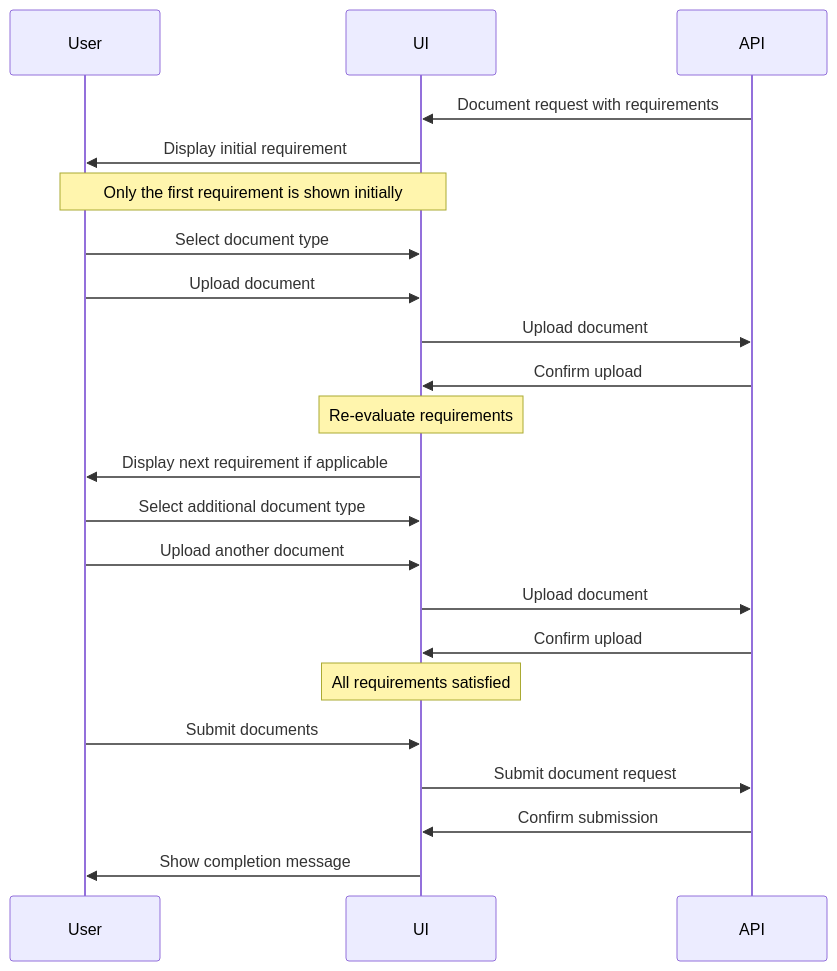
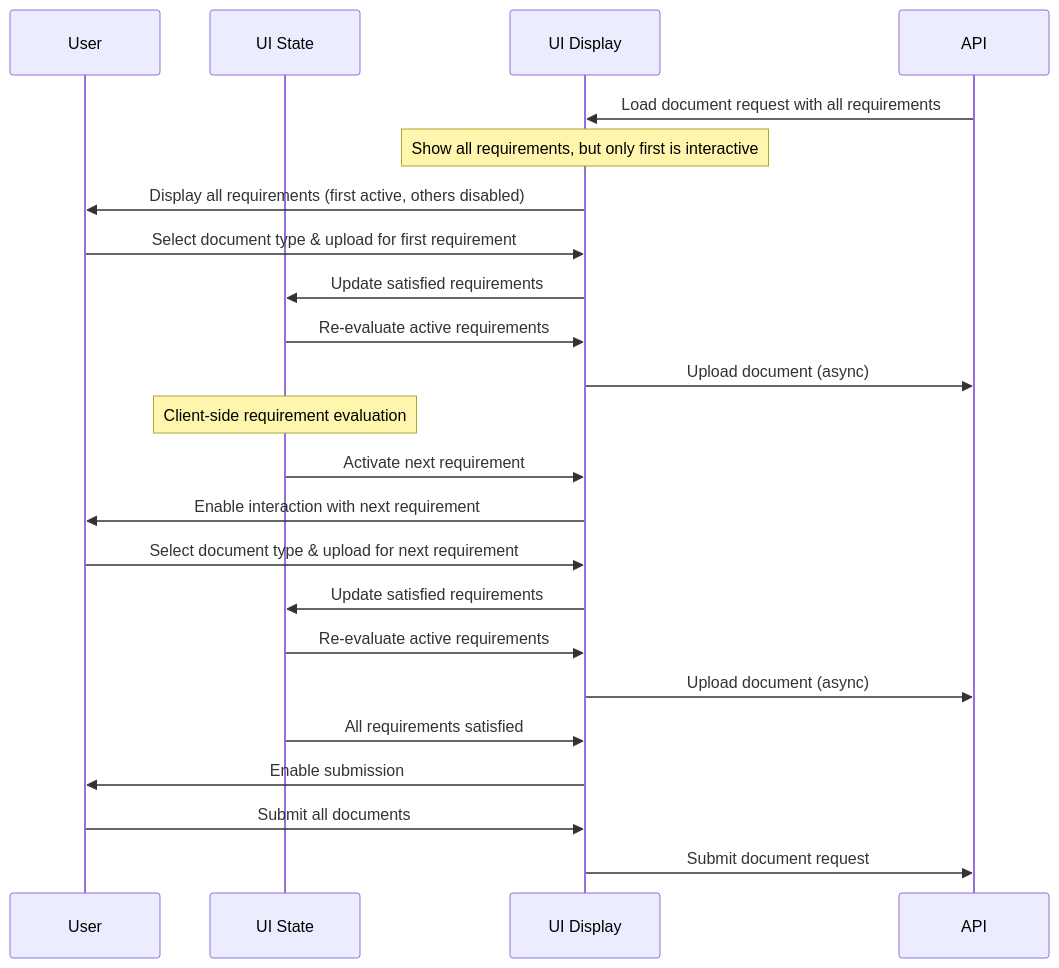
Before and after one commit to jpmorgan-payments/embedded-finance: the first of 2 diagrams in embedded-components/src/core/OnboardingWizardBasic/DocumentUploadStepForm/IMPLEMENTATION_GUIDE.md, drawn with Mermaid. The commit also changed other lines of this file, not shown here.

Commit message:
refactor: streamline DocumentUploadStepForm implementation guide for clarity and user flow

````diff
--- a/embedded-components/src/core/OnboardingWizardBasic/DocumentUploadStepForm/IMPLEMENTATION_GUIDE.md
+++ b/embedded-components/src/core/OnboardingWizardBasic/DocumentUploadStepForm/IMPLEMENTATION_GUIDE.md
@@ -9,32 +9,31 @@
 ```mermaid
 sequenceDiagram
     participant User
-    participant UI
+    participant UI State
+    participant UI Display
     participant API
     
-    API->>UI: Document request with requirements
-    UI->>User: Display initial requirement
+    API->>UI Display: Load document request with all requirements
+    Note over UI Display: Show all requirements, but only first is interactive
+    UI Display->>User: Display all requirements (first active, others disabled)
     
-    Note over User,UI: Only the first requirement is shown initially
+    User->>UI Display: Select document type & upload for first requirement
+    UI Display->>UI State: Update satisfied requirements
+    UI State->>UI Display: Re-evaluate active requirements
+    UI Display->>API: Upload document (async)
     
-    User->>UI: Select document type
-    User->>UI: Upload document
-    UI->>API: Upload document
-    API->>UI: Confirm upload
+    Note over UI State: Client-side requirement evaluation
     
-    Note over UI: Re-evaluate requirements
+    UI State->>UI Display: Activate next requirement
+    UI Display->>User: Enable interaction with next requirement
     
-    UI->>User: Display next requirement if applicable
+    User->>UI Display: Select document type & upload for next requirement
+    UI Display->>UI State: Update satisfied requirements
+    UI State->>UI Display: Re-evaluate active requirements
+    UI Display->>API: Upload document (async)
     
-    User->>UI: Select additional document type
-    User->>UI: Upload another document
-    UI->>API: Upload document
-    API->>UI: Confirm upload
-    
-    Note over UI: All requirements satisfied
-    
-    User->>UI: Submit documents
-    UI->>API: Submit document request
-    API->>UI: Confirm submission
-    UI->>User: Show completion message
+    UI State->>UI Display: All requirements satisfied
+    UI Display->>User: Enable submission
+    User->>UI Display: Submit all documents
+    UI Display->>API: Submit document request
 ```
````
